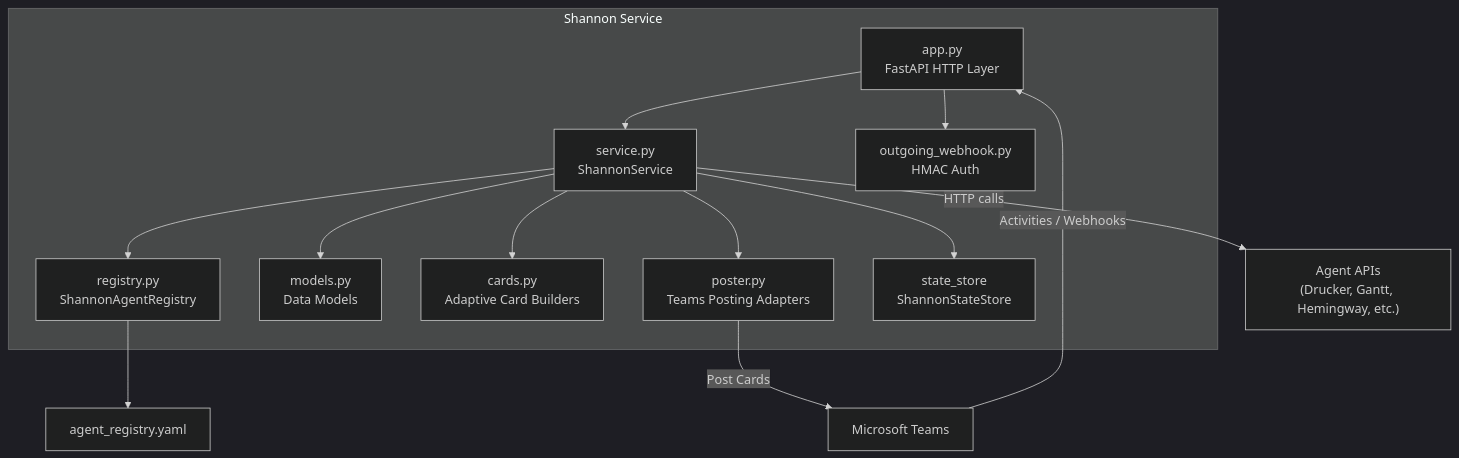
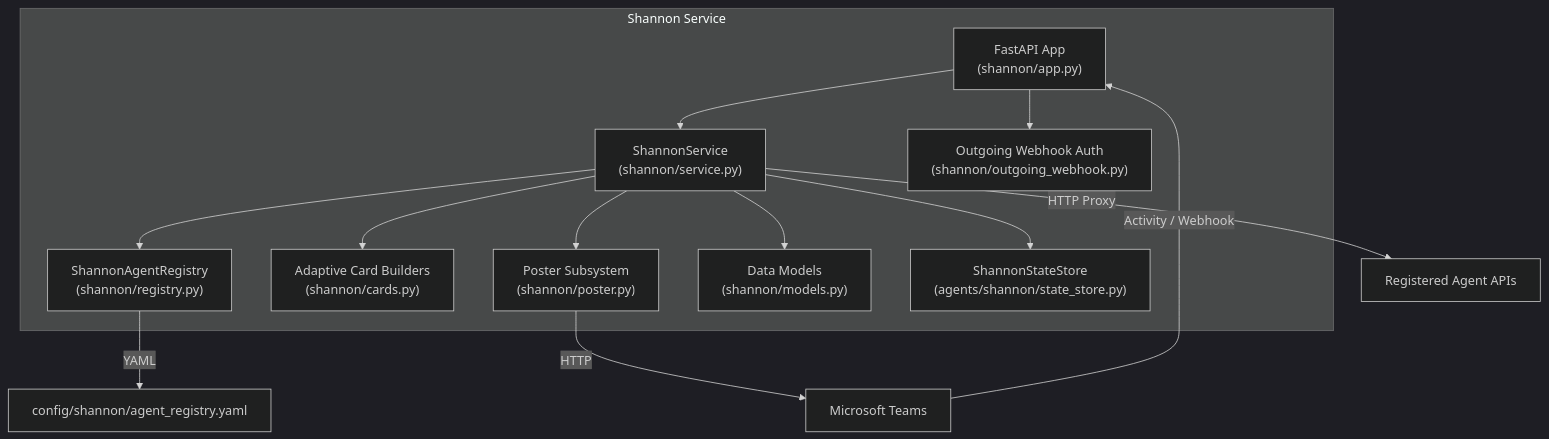
One commit to jmac-cornelis/agent-workforce changed the first of 4 diagrams in docs/shannon.md. Above: the diagram before and after it, drawn with Mermaid (dark theme). The commit also changed other lines of this file and 7 other files, not shown here.

````diff
--- a/docs/shannon.md
+++ b/docs/shannon.md
@@ -43,29 +25,25 @@
 ```mermaid
-graph TB
-    subgraph "Shannon Service"
-        APP["app.py<br/>FastAPI HTTP Layer"]
-        SVC["service.py<br/>ShannonService"]
-        REG["registry.py<br/>ShannonAgentRegistry"]
-        MDL["models.py<br/>Data Models"]
-        CRD["cards.py<br/>Adaptive Card Builders"]
-        PST["poster.py<br/>Teams Posting Adapters"]
-        OWH["outgoing_webhook.py<br/>HMAC Auth"]
-        SST["state_store<br/>ShannonStateStore"]
+graph TD
+    subgraph Shannon Service
+        APP["FastAPI App<br/>(shannon/app.py)"]
+        SVC["ShannonService<br/>(shannon/service.py)"]
+        REG["ShannonAgentRegistry<br/>(shannon/registry.py)"]
+        CARDS["Adaptive Card Builders<br/>(shannon/cards.py)"]
+        POSTER["Poster Subsystem<br/>(shannon/poster.py)"]
+        MODELS["Data Models<br/>(shannon/models.py)"]
+        WEBHOOK["Outgoing Webhook Auth<br/>(shannon/outgoing_webhook.py)"]
+        STATE["ShannonStateStore<br/>(agents/shannon/state_store.py)"]
     end
 
-    TEAMS["Microsoft Teams"]
-    AGENTS["Agent APIs<br/>(Drucker, Gantt, Hemingway, etc.)"]
-    YAML["agent_registry.yaml"]
-
-    TEAMS -->|"Activities / Webhooks"| APP
+    TEAMS["Microsoft Teams"] -->|Activity / Webhook| APP
     APP --> SVC
     SVC --> REG
-    SVC --> CRD
-    SVC --> PST
-    SVC --> SST
-    SVC --> MDL
-    APP --> OWH
-    REG --> YAML
-    PST -->|"Post Cards"| TEAMS
-    SVC -->|"HTTP calls"| AGENTS
+    SVC --> CARDS
+    SVC --> POSTER
+    SVC --> STATE
+    SVC --> MODELS
+    APP --> WEBHOOK
+    POSTER -->|HTTP| TEAMS
+    SVC -->|HTTP Proxy| AGENTS["Registered Agent APIs"]
+    REG -->|YAML| YAML["config/shannon/agent_registry.yaml"]
 ```
````
